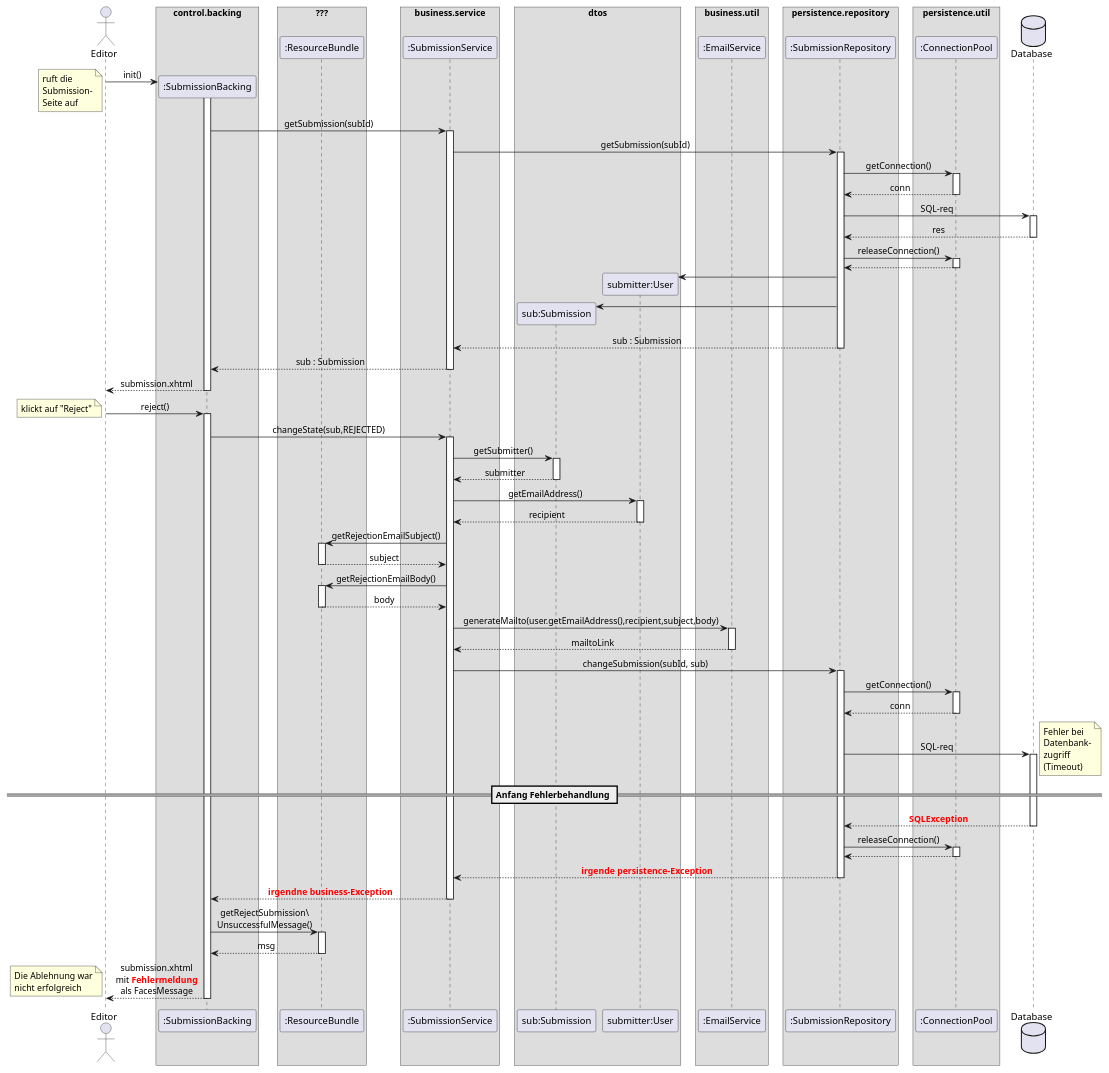
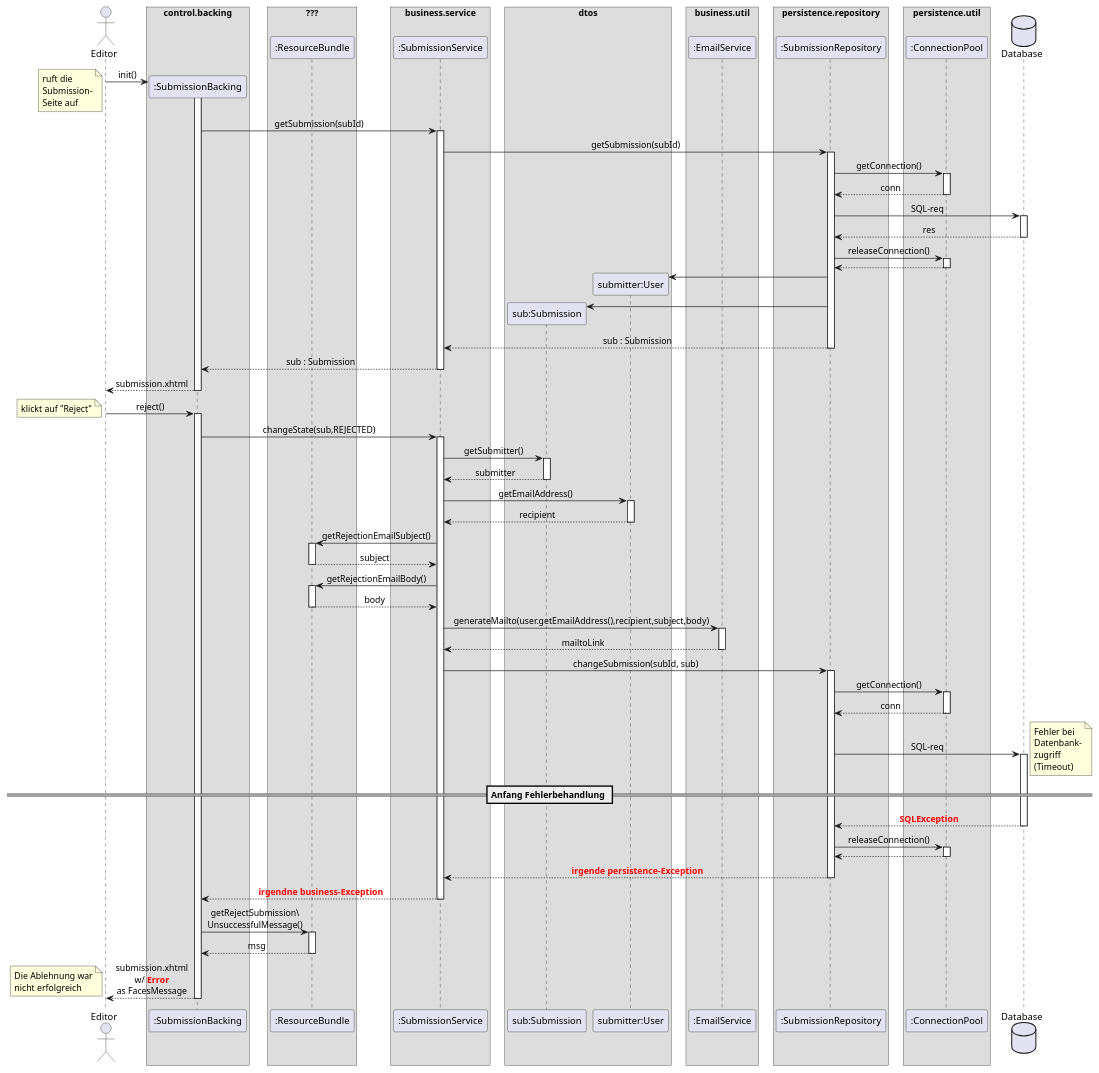
One commit to guersterst/LasEs changed the diagram in docs/Entwurf/puml/reject_submission.puml. Above: the diagram before and after it, drawn with PlantUML.

Commit message:
angelsächsisch

```diff
--- a/docs/Entwurf/puml/reject_submission.puml
+++ b/docs/Entwurf/puml/reject_submission.puml
@@ -1,122 +1,122 @@
 @startuml
 'https://plantuml.com/sequence-diagram
 
 '!theme aws-orange
 skinparam sequenceMessageAlign center
 skinparam BoxPadding 10
 'autonumber
 'autoactivate on
 
 actor Editor as editor
 box "control.backing"
     participant ":SubmissionBacking" as subBacking
 end box
 box "???"
     participant ":ResourceBundle" as rscBundle
 end box
 box "business.service"
     participant ":SubmissionService" as subService
 end box
 box "dtos"
     participant "sub:Submission" as sub
     participant "submitter:User" as submitter
 end box
 box "business.util"
 participant ":EmailService" as emailService
 end box
 box persistence.repository
     participant ":SubmissionRepository" as subRepo
 end box
 box persistence.util
     participant ":ConnectionPool" as connPool
 end box
 database "Database" as db
 
 editor -> subBacking ** : init()
 note left
     ruft die
     Submission-
     Seite auf
 end note
 activate subBacking
         subBacking -> subService : getSubmission(subId)
         activate subService
             subService -> subRepo : getSubmission(subId)
             activate subRepo
                 subRepo -> connPool : getConnection()
                 activate connPool
                 return conn
                 subRepo -> db : SQL-req
                 activate db
                 return res
                 subRepo -> connPool : releaseConnection()
                     activate connPool
                     return
                 create submitter
                 subRepo -> submitter
                 create sub
                 subRepo -> sub
             return sub : Submission
         return sub : Submission
 return submission.xhtml
 
 editor -> subBacking : reject()
 note left
     klickt auf "Reject"
 end note
 activate subBacking
     subBacking -> subService : changeState(sub,REJECTED)
     activate subService
         subService -> sub : getSubmitter()
         activate sub
         return submitter
 '        subService -> sub : getAuthors()
 '        activate sub
 '        return addrs
         subService -> submitter : getEmailAddress()
         activate submitter
         return recipient
         subService -> rscBundle : getRejectionEmailSubject()
         activate rscBundle
         return subject
         subService -> rscBundle : getRejectionEmailBody()
         activate rscBundle
         return body
 
         subService -> emailService : generateMailto(user.getEmailAddress(),recipient,subject,body)
         activate emailService
         return mailtoLink
 
         subService -> subRepo : changeSubmission(subId, sub)
         activate subRepo
             subRepo -> connPool : getConnection()
             activate connPool
             return conn
             subRepo -> db : SQL-req
             activate db
             note right
                 Fehler bei
                 Datenbank-
                 zugriff
                 (Timeout)
             end note
 == Anfang Fehlerbehandlung ==
             return <font color=red><b>SQLException
             subRepo -> connPool : releaseConnection()
             activate connPool
             return
         return <font color=red><b>irgende persistence-Exception
     return <font color=red><b>irgendne business-Exception
 
     subBacking -> rscBundle : getRejectSubmission\\\nUnsuccessfulMessage()
     activate rscBundle
     return msg
 
-return submission.xhtml\nmit <font color=red><b>Fehlermeldung</b></font>\nals FacesMessage
+return submission.xhtml\nw/ <font color=red><b>Error</b></font>\nas FacesMessage
 note left
 Die Ablehnung war
 nicht erfolgreich
 end note
 
 
 @enduml
```
